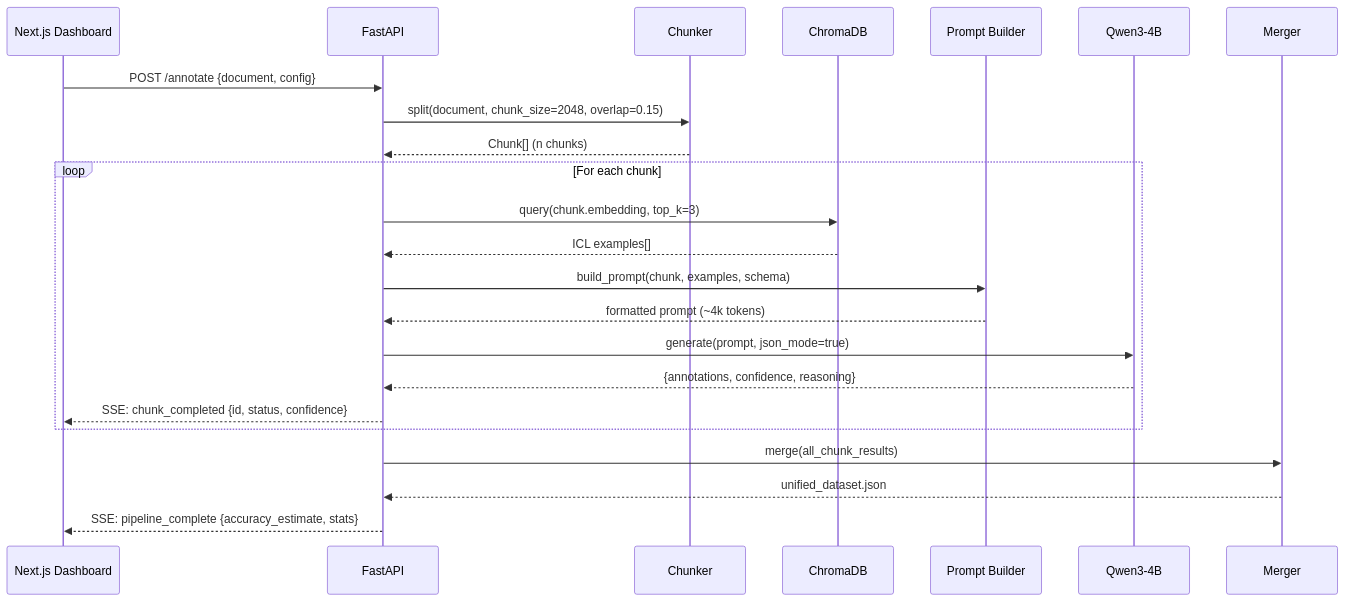
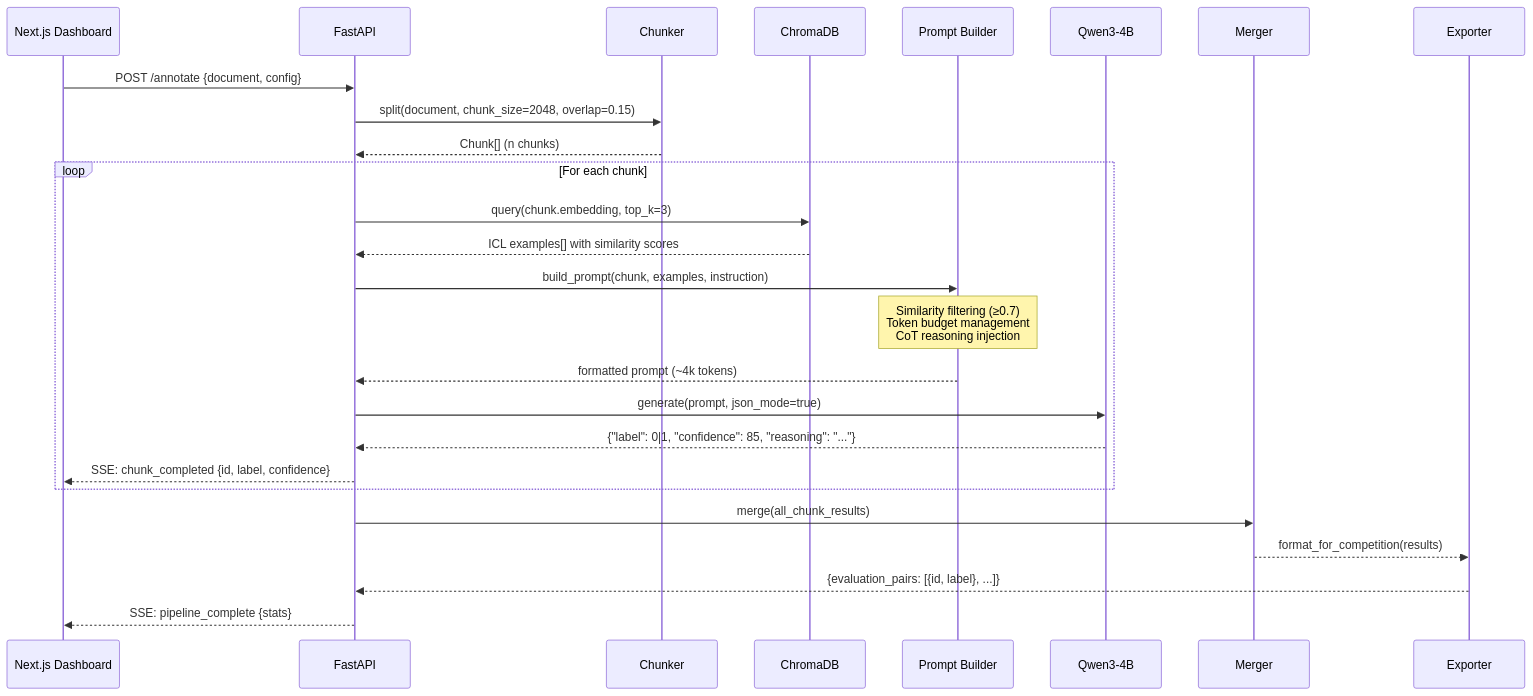
The second of 2 diagrams in README.md (edycutjong/ContextWeaver), drawn with Mermaid before and after one commit. The commit also changed other lines of this file and 11 other files, not shown here.

Commit message:
feat: implement dynamic ICL prompt builder with similarity-based filtering and token budget management

````diff
--- a/README.md
+++ b/README.md
@@ -84,28 +96,31 @@
 ```mermaid
 sequenceDiagram
     participant UI as Next.js Dashboard
     participant API as FastAPI
     participant Chunk as Chunker
     participant VDB as ChromaDB
     participant PB as Prompt Builder
     participant LLM as Qwen3-4B
     participant Merge as Merger
+    participant Export as Exporter
 
     UI->>API: POST /annotate {document, config}
     API->>Chunk: split(document, chunk_size=2048, overlap=0.15)
     Chunk-->>API: Chunk[] (n chunks)
     
     loop For each chunk
         API->>VDB: query(chunk.embedding, top_k=3)
-        VDB-->>API: ICL examples[]
-        API->>PB: build_prompt(chunk, examples, schema)
+        VDB-->>API: ICL examples[] with similarity scores
+        API->>PB: build_prompt(chunk, examples, instruction)
+        Note over PB: Similarity filtering (≥0.7)<br/>Token budget management<br/>CoT reasoning injection
         PB-->>API: formatted prompt (~4k tokens)
         API->>LLM: generate(prompt, json_mode=true)
-        LLM-->>API: {annotations, confidence, reasoning}
-        API-->>UI: SSE: chunk_completed {id, status, confidence}
+        LLM-->>API: {"label": 0|1, "confidence": 85, "reasoning": "..."}
+        API-->>UI: SSE: chunk_completed {id, label, confidence}
     end
 
     API->>Merge: merge(all_chunk_results)
-    Merge-->>API: unified_dataset.json
-    API-->>UI: SSE: pipeline_complete {accuracy_estimate, stats}
+    Merge-->>Export: format_for_competition(results)
+    Export-->>API: {evaluation_pairs: [{id, label}, ...]}
+    API-->>UI: SSE: pipeline_complete {stats}
 ```
````
